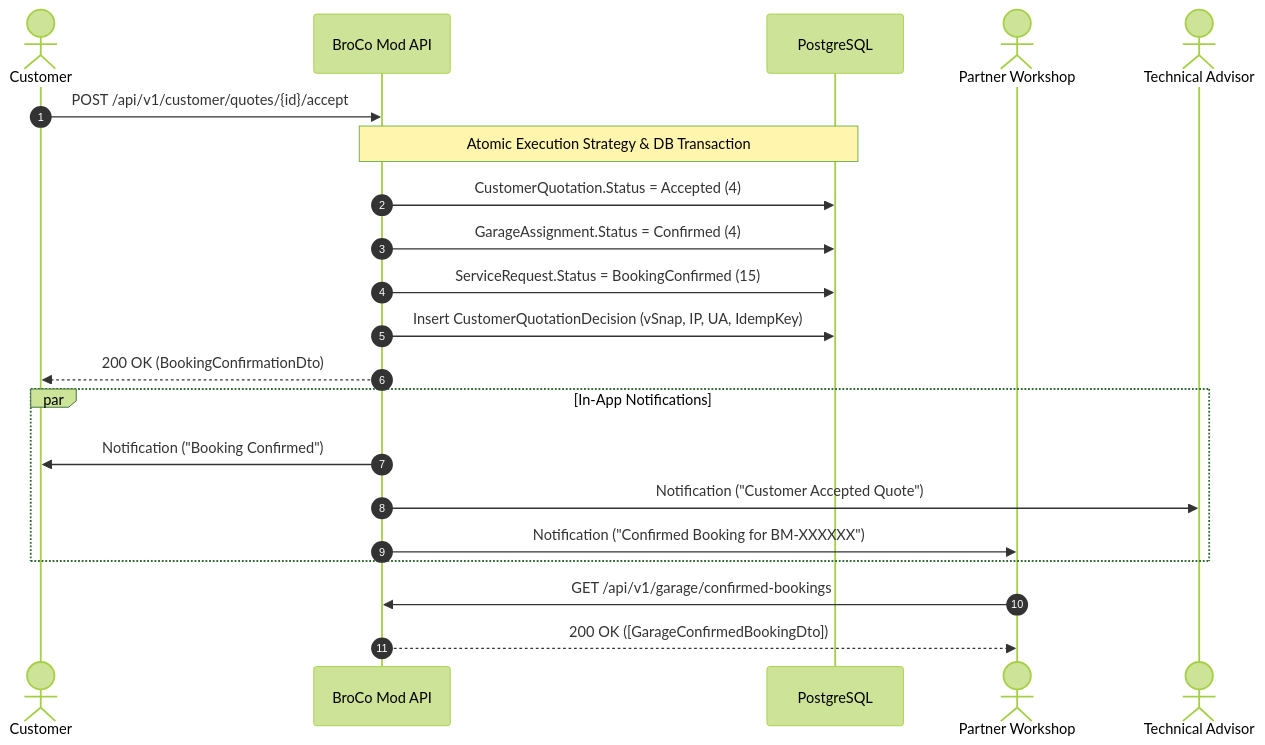
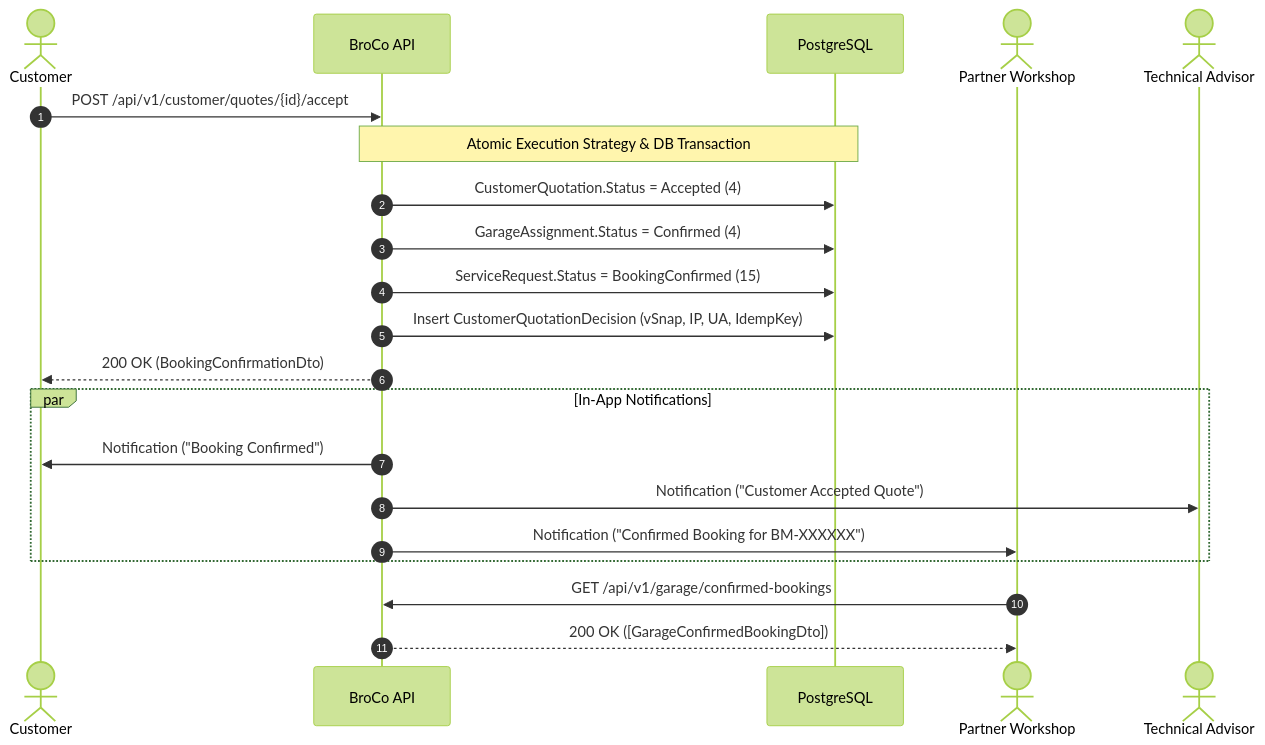
Before and after one commit to vinayvinnu1336-afk/broco-mod: the diagram in docs/architecture/booking-confirmation.md, drawn with Mermaid (forest theme). The commit also changed 46 other files, not shown here.

First line of the commit message:
rebrand: BroCo Mod -> BroCo in UI, docs and API metadata

````diff
--- a/docs/architecture/booking-confirmation.md
+++ b/docs/architecture/booking-confirmation.md
@@ -6,26 +6,26 @@
 ```mermaid
 sequenceDiagram
     autonumber
     actor Customer as Customer
-    participant API as BroCo Mod API
+    participant API as BroCo API
     participant DB as PostgreSQL
     actor Garage as Partner Workshop
     actor Advisor as Technical Advisor
 
     Customer->>API: POST /api/v1/customer/quotes/{id}/accept
     Note over API,DB: Atomic Execution Strategy & DB Transaction
     API->>DB: CustomerQuotation.Status = Accepted (4)
     API->>DB: GarageAssignment.Status = Confirmed (4)
     API->>DB: ServiceRequest.Status = BookingConfirmed (15)
     API->>DB: Insert CustomerQuotationDecision (vSnap, IP, UA, IdempKey)
     API-->>Customer: 200 OK (BookingConfirmationDto)
 
     par In-App Notifications
         API->>Customer: Notification ("Booking Confirmed")
         API->>Advisor: Notification ("Customer Accepted Quote")
         API->>Garage: Notification ("Confirmed Booking for BM-XXXXXX")
     end
 
     Garage->>API: GET /api/v1/garage/confirmed-bookings
     API-->>Garage: 200 OK ([GarageConfirmedBookingDto])
 ```
````
